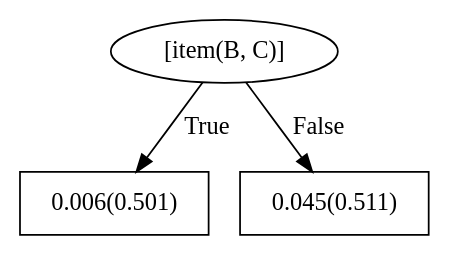
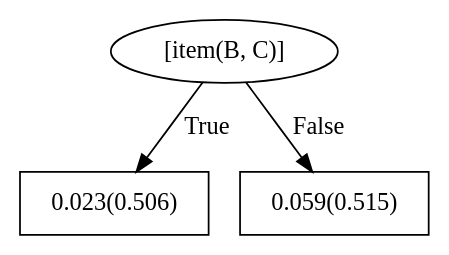
Before and after one commit to vnagpal25/BEACON: the diagram in boosted_bandit/trial2/train/models/bRDNs/dotFiles/WILLTreeFor_recommendation17.dot, drawn with Graphviz. The commit also changed 255 other files, not shown here.

```diff
--- a/boosted_bandit/trial2/train/models/bRDNs/dotFiles/WILLTreeFor_recommendation17.dot
+++ b/boosted_bandit/trial2/train/models/bRDNs/dotFiles/WILLTreeFor_recommendation17.dot
@@ -1,7 +1,7 @@
 digraph G{ 
 1[label = "[item(B, C)]"];
 1 -> 2[label="True"];
 1 -> 3[label="False"];
-2[shape = box,label = "0.006(0.501)"];
-3[shape = box,label = "0.045(0.511)"];
+2[shape = box,label = "0.023(0.506)"];
+3[shape = box,label = "0.059(0.515)"];
 }
```
